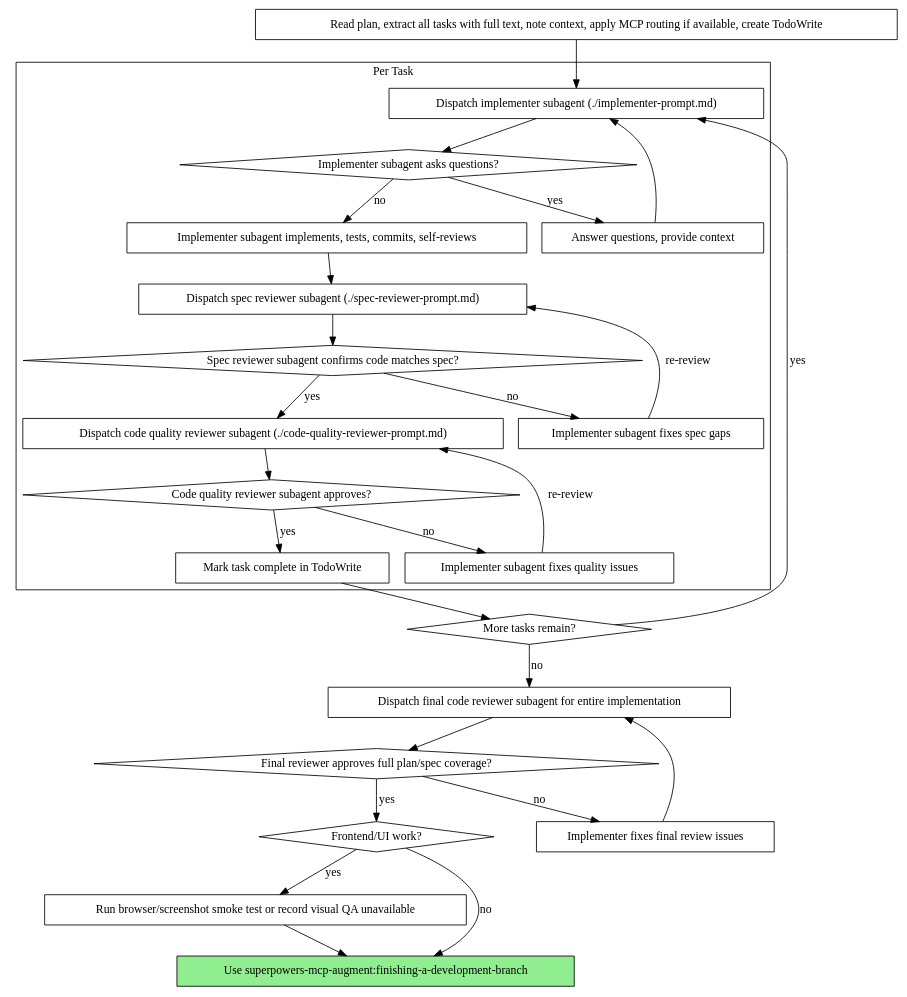
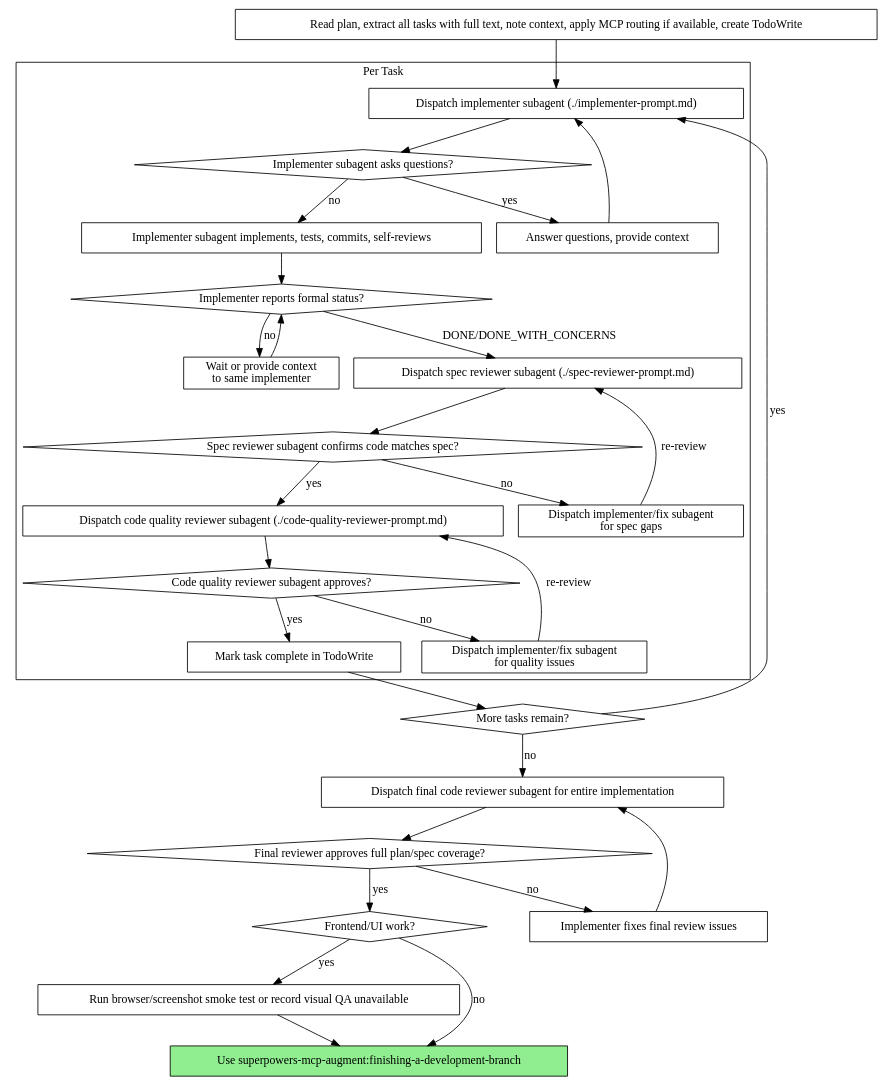
Before and after one commit to Penz7/superpowers-mcp-augment: the second of 2 diagrams in plugins/superpowers-mcp-augment/skills/subagent-driven-development/SKILL.md, drawn with Graphviz. The commit also changed other lines of this file and 17 other files, not shown here.

````diff
--- a/plugins/superpowers-mcp-augment/skills/subagent-driven-development/SKILL.md
+++ b/plugins/superpowers-mcp-augment/skills/subagent-driven-development/SKILL.md
@@ -65,54 +87,59 @@
 ```dot
 digraph process {
     rankdir=TB;
 
     subgraph cluster_per_task {
         label="Per Task";
         "Dispatch implementer subagent (./implementer-prompt.md)" [shape=box];
         "Implementer subagent asks questions?" [shape=diamond];
         "Answer questions, provide context" [shape=box];
         "Implementer subagent implements, tests, commits, self-reviews" [shape=box];
+        "Implementer reports formal status?" [shape=diamond];
+        "Wait or provide context\nto same implementer" [shape=box];
         "Dispatch spec reviewer subagent (./spec-reviewer-prompt.md)" [shape=box];
         "Spec reviewer subagent confirms code matches spec?" [shape=diamond];
-        "Implementer subagent fixes spec gaps" [shape=box];
+        "Dispatch implementer/fix subagent\nfor spec gaps" [shape=box];
         "Dispatch code quality reviewer subagent (./code-quality-reviewer-prompt.md)" [shape=box];
         "Code quality reviewer subagent approves?" [shape=diamond];
-        "Implementer subagent fixes quality issues" [shape=box];
+        "Dispatch implementer/fix subagent\nfor quality issues" [shape=box];
         "Mark task complete in TodoWrite" [shape=box];
     }
 
     "Read plan, extract all tasks with full text, note context, apply MCP routing if available, create TodoWrite" [shape=box];
     "More tasks remain?" [shape=diamond];
     "Dispatch final code reviewer subagent for entire implementation" [shape=box];
     "Final reviewer approves full plan/spec coverage?" [shape=diamond];
     "Implementer fixes final review issues" [shape=box];
     "Frontend/UI work?" [shape=diamond];
     "Run browser/screenshot smoke test or record visual QA unavailable" [shape=box];
     "Use superpowers-mcp-augment:finishing-a-development-branch" [shape=box style=filled fillcolor=lightgreen];
 
     "Read plan, extract all tasks with full text, note context, apply MCP routing if available, create TodoWrite" -> "Dispatch implementer subagent (./implementer-prompt.md)";
     "Dispatch implementer subagent (./implementer-prompt.md)" -> "Implementer subagent asks questions?";
     "Implementer subagent asks questions?" -> "Answer questions, provide context" [label="yes"];
     "Answer questions, provide context" -> "Dispatch implementer subagent (./implementer-prompt.md)";
     "Implementer subagent asks questions?" -> "Implementer subagent implements, tests, commits, self-reviews" [label="no"];
-    "Implementer subagent implements, tests, commits, self-reviews" -> "Dispatch spec reviewer subagent (./spec-reviewer-prompt.md)";
+    "Implementer subagent implements, tests, commits, self-reviews" -> "Implementer reports formal status?";
+    "Implementer reports formal status?" -> "Wait or provide context\nto same implementer" [label="no"];
+    "Wait or provide context\nto same implementer" -> "Implementer reports formal status?";
+    "Implementer reports formal status?" -> "Dispatch spec reviewer subagent (./spec-reviewer-prompt.md)" [label="DONE/DONE_WITH_CONCERNS"];
     "Dispatch spec reviewer subagent (./spec-reviewer-prompt.md)" -> "Spec reviewer subagent confirms code matches spec?";
-    "Spec reviewer subagent confirms code matches spec?" -> "Implementer subagent fixes spec gaps" [label="no"];
-    "Implementer subagent fixes spec gaps" -> "Dispatch spec reviewer subagent (./spec-reviewer-prompt.md)" [label="re-review"];
+    "Spec reviewer subagent confirms code matches spec?" -> "Dispatch implementer/fix subagent\nfor spec gaps" [label="no"];
+    "Dispatch implementer/fix subagent\nfor spec gaps" -> "Dispatch spec reviewer subagent (./spec-reviewer-prompt.md)" [label="re-review"];
     "Spec reviewer subagent confirms code matches spec?" -> "Dispatch code quality reviewer subagent (./code-quality-reviewer-prompt.md)" [label="yes"];
     "Dispatch code quality reviewer subagent (./code-quality-reviewer-prompt.md)" -> "Code quality reviewer subagent approves?";
-    "Code quality reviewer subagent approves?" -> "Implementer subagent fixes quality issues" [label="no"];
-    "Implementer subagent fixes quality issues" -> "Dispatch code quality reviewer subagent (./code-quality-reviewer-prompt.md)" [label="re-review"];
+    "Code quality reviewer subagent approves?" -> "Dispatch implementer/fix subagent\nfor quality issues" [label="no"];
+    "Dispatch implementer/fix subagent\nfor quality issues" -> "Dispatch code quality reviewer subagent (./code-quality-reviewer-prompt.md)" [label="re-review"];
     "Code quality reviewer subagent approves?" -> "Mark task complete in TodoWrite" [label="yes"];
     "Mark task complete in TodoWrite" -> "More tasks remain?";
     "More tasks remain?" -> "Dispatch implementer subagent (./implementer-prompt.md)" [label="yes"];
     "More tasks remain?" -> "Dispatch final code reviewer subagent for entire implementation" [label="no"];
     "Dispatch final code reviewer subagent for entire implementation" -> "Final reviewer approves full plan/spec coverage?";
     "Final reviewer approves full plan/spec coverage?" -> "Implementer fixes final review issues" [label="no"];
     "Implementer fixes final review issues" -> "Dispatch final code reviewer subagent for entire implementation";
     "Final reviewer approves full plan/spec coverage?" -> "Frontend/UI work?" [label="yes"];
     "Frontend/UI work?" -> "Run browser/screenshot smoke test or record visual QA unavailable" [label="yes"];
     "Frontend/UI work?" -> "Use superpowers-mcp-augment:finishing-a-development-branch" [label="no"];
     "Run browser/screenshot smoke test or record visual QA unavailable" -> "Use superpowers-mcp-augment:finishing-a-development-branch";
 }
 ```
````
